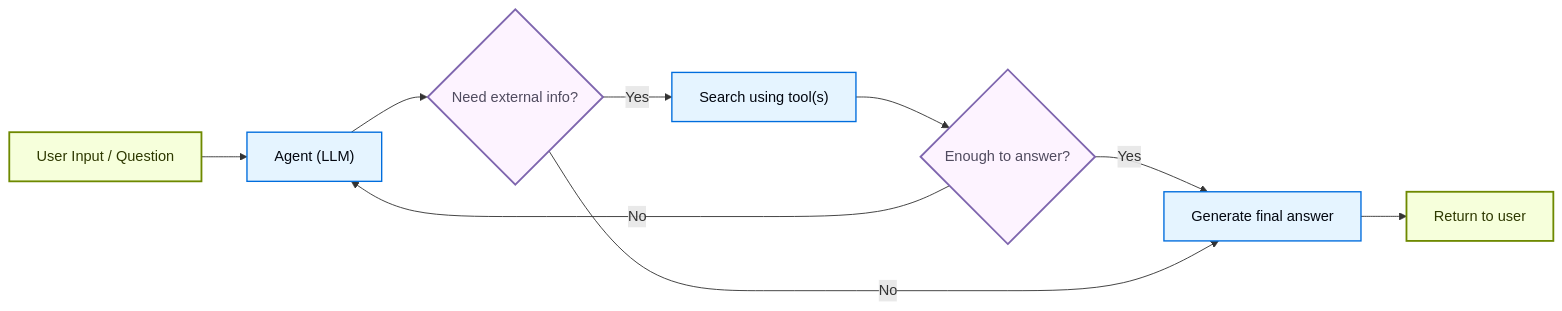
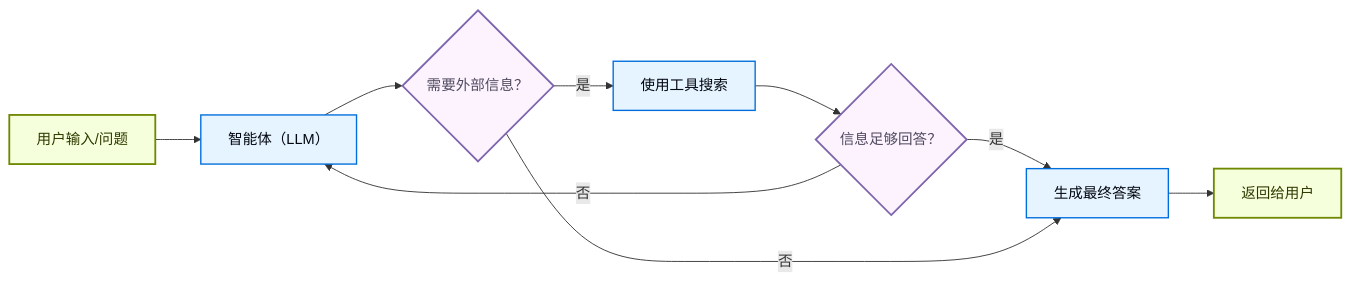
One commit to kunfan96/cndocs-langchain changed the third of 4 diagrams in oss/javascript/langchain/retrieval.mdx. Above: the diagram before and after it, drawn with Mermaid. The commit also changed other lines of this file and 2498 other files, not shown here.

````diff
--- a/oss/javascript/langchain/retrieval.mdx
+++ b/oss/javascript/langchain/retrieval.mdx
@@ -169,20 +169,20 @@
 ```mermaid
 graph LR
-    A[User Input / Question] --> B["Agent (LLM)"]
-    B --> C{Need external info?}
-    C -- Yes --> D["Search using tool(s)"]
-    D --> H{Enough to answer?}
-    H -- No --> B
-    H -- Yes --> I[Generate final answer]
-    C -- No --> I
-    I --> J[Return to user]
+    A[用户输入/问题] --> B["智能体（LLM）"]
+    B --> C{需要外部信息？}
+    C -- 是 --> D["使用工具搜索"]
+    D --> H{信息足够回答？}
+    H -- 否 --> B
+    H -- 是 --> I[生成最终答案]
+    C -- 否 --> I
+    I --> J[返回给用户]
 
-    %% Dark-mode friendly styling
+    %% 深色模式友好样式
     classDef startend fill:#F6FFDB,stroke:#6E8900,stroke-width:2px,color:#2E3900
     classDef decision fill:#FDF3FF,stroke:#7E65AE,stroke-width:2px,color:#504B5F
     classDef process fill:#E5F4FF,stroke:#006DDD,stroke-width:1.5px,color:#030710
 
     class A,J startend
     class B,D,I process
     class C,H decision
 ```
````
